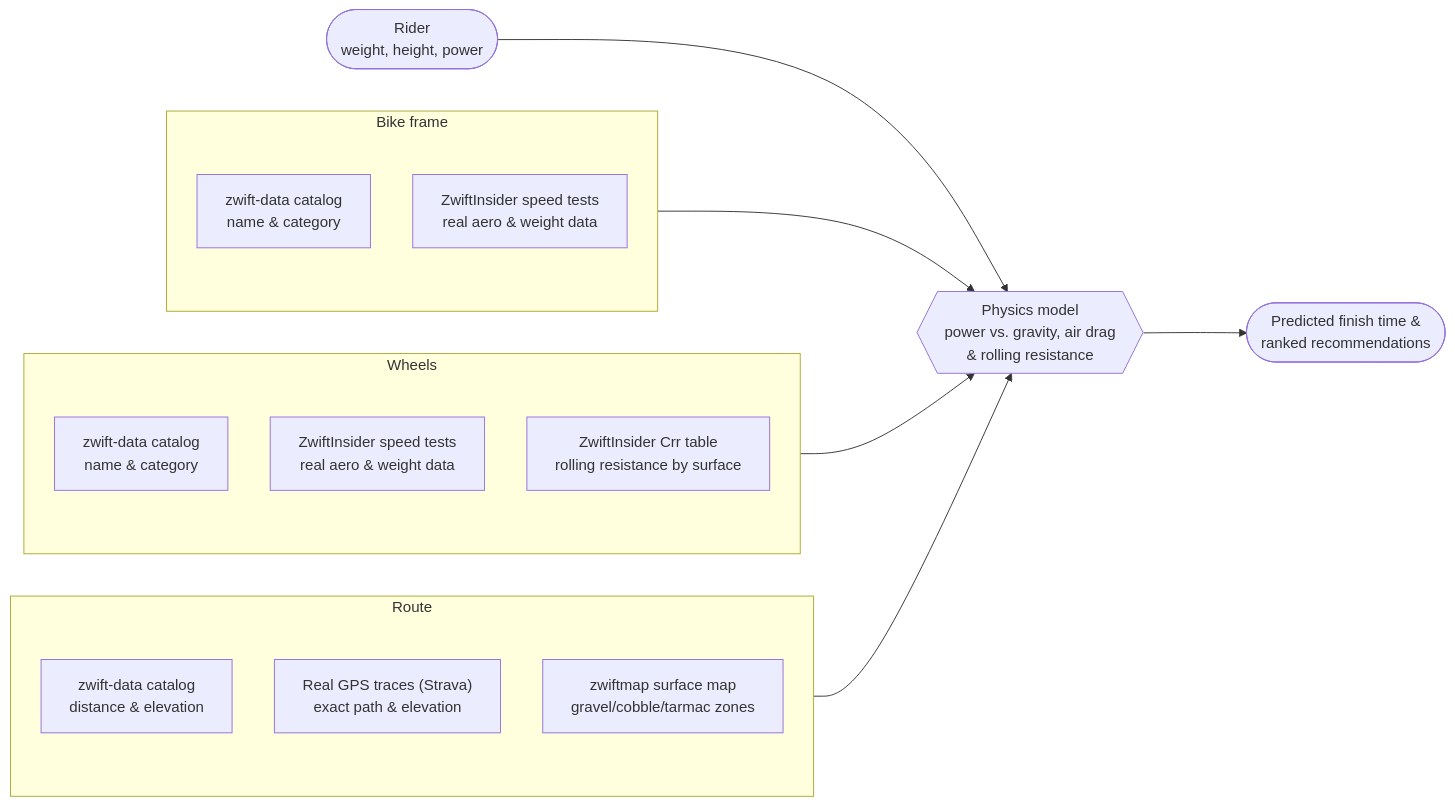
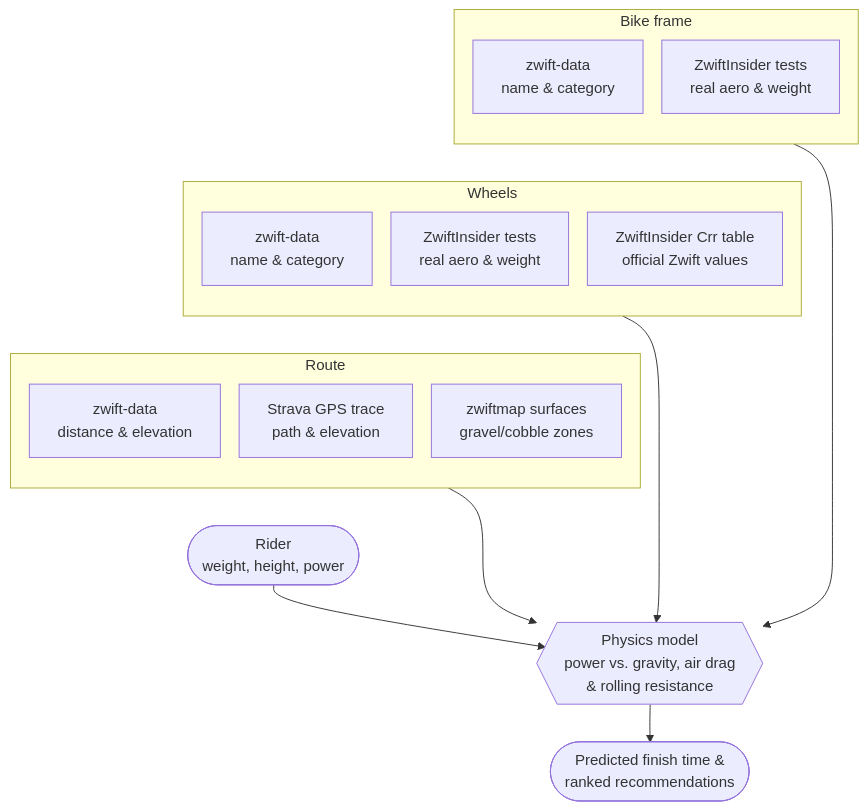
Before and after one commit to kjellrg/zwift-bikes: the diagram in docs/physics-model.md, drawn with Mermaid. The commit also changed other lines of this file and 1 other file, not shown here.

First paragraph of the commit message:
Document the physics pipeline module by module (#66)
* Document the physics pipeline module by module

````diff
--- a/docs/physics-model.md
+++ b/docs/physics-model.md
@@ -72,32 +72,38 @@
 ```mermaid
-%%{ init: { "flowchart": { "nodeSpacing": 45, "rankSpacing": 110 } } }%%
-flowchart LR
+%%{ init: { "flowchart": { "nodeSpacing": 20, "rankSpacing": 40 } } }%%
+flowchart TD
     RIDER(["Rider<br/>weight, height, power"])
 
     subgraph BIKE["Bike frame"]
         direction TB
-        BIKE_CATALOG["zwift-data catalog<br/>name &amp; category"]
-        BIKE_TESTS["ZwiftInsider speed tests<br/>real aero &amp; weight data"]
+        BIKE_CATALOG["zwift-data<br/>name &amp; category"]
+        BIKE_TESTS["ZwiftInsider tests<br/>real aero &amp; weight"]
     end
 
     subgraph WHEEL["Wheels"]
         direction TB
-        WHEEL_CATALOG["zwift-data catalog<br/>name &amp; category"]
-        WHEEL_TESTS["ZwiftInsider speed tests<br/>real aero &amp; weight data"]
-        WHEEL_CRR["ZwiftInsider Crr table<br/>rolling resistance by surface"]
+        WHEEL_CATALOG["zwift-data<br/>name &amp; category"]
+        WHEEL_TESTS["ZwiftInsider tests<br/>real aero &amp; weight"]
+        WHEEL_CRR["ZwiftInsider Crr table<br/>official Zwift values"]
     end
 
     subgraph ROUTE["Route"]
         direction TB
-        ROUTE_CATALOG["zwift-data catalog<br/>distance &amp; elevation"]
-        ROUTE_GPS["Real GPS traces (Strava)<br/>exact path &amp; elevation"]
-        ROUTE_ZWIFTMAP["zwiftmap surface map<br/>gravel/cobble/tarmac zones"]
+        ROUTE_CATALOG["zwift-data<br/>distance &amp; elevation"]
+        ROUTE_GPS["Strava GPS trace<br/>path &amp; elevation"]
+        ROUTE_ZWIFTMAP["zwiftmap surfaces<br/>gravel/cobble zones"]
     end
+
+    %% Invisible links only stack the input groups vertically, keeping the
+    %% diagram narrow enough to render at close to full size on GitHub.
+    BIKE_TESTS ~~~ WHEEL
+    WHEEL_CRR ~~~ ROUTE
+    ROUTE_ZWIFTMAP ~~~ RIDER
 
     RIDER --> MODEL
     BIKE --> MODEL
     WHEEL --> MODEL
     ROUTE --> MODEL
 
     MODEL{{"Physics model<br/>power vs. gravity, air drag<br/>&amp; rolling resistance"}} --> RESULT(["Predicted finish time &amp;<br/>ranked recommendations"])
 ```
````
